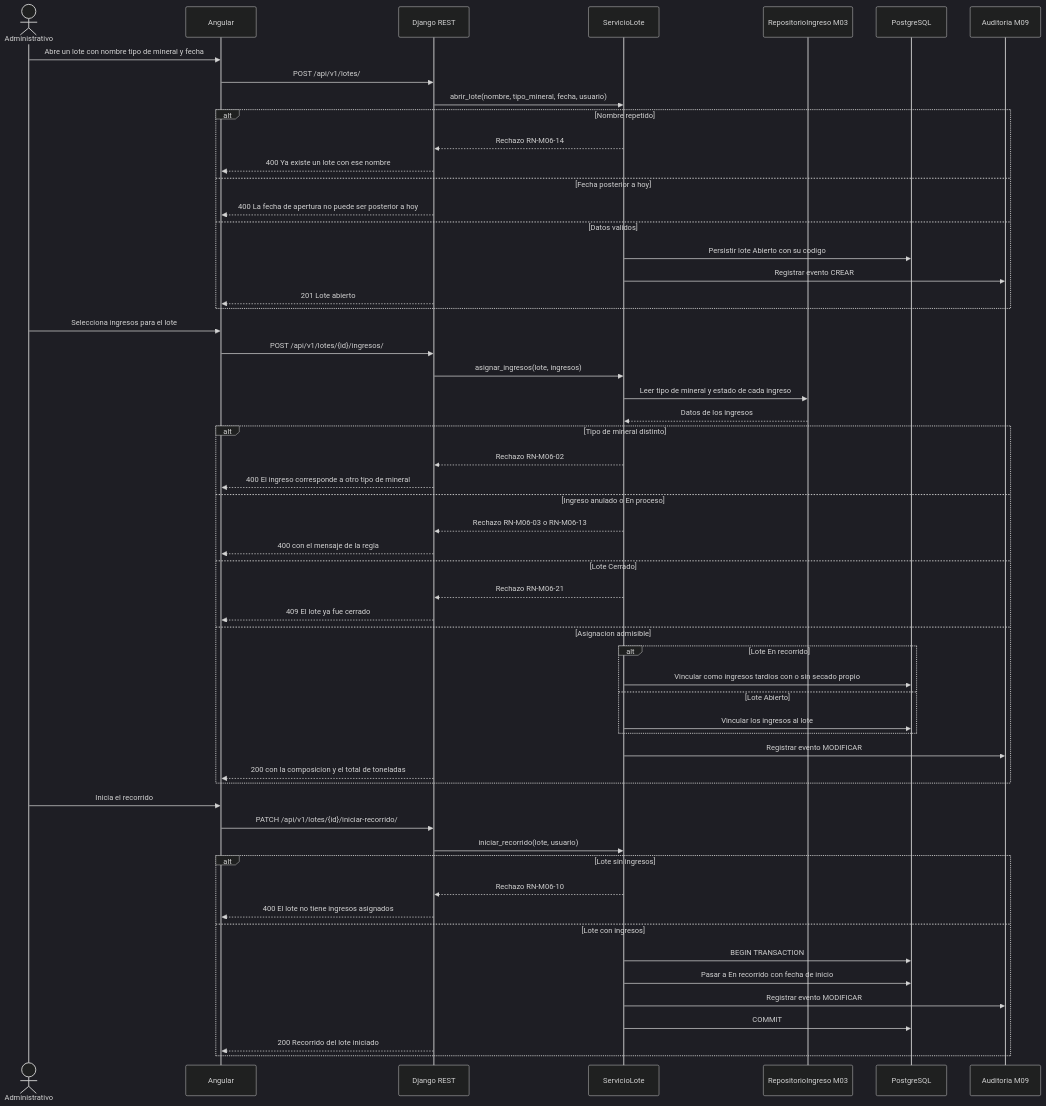
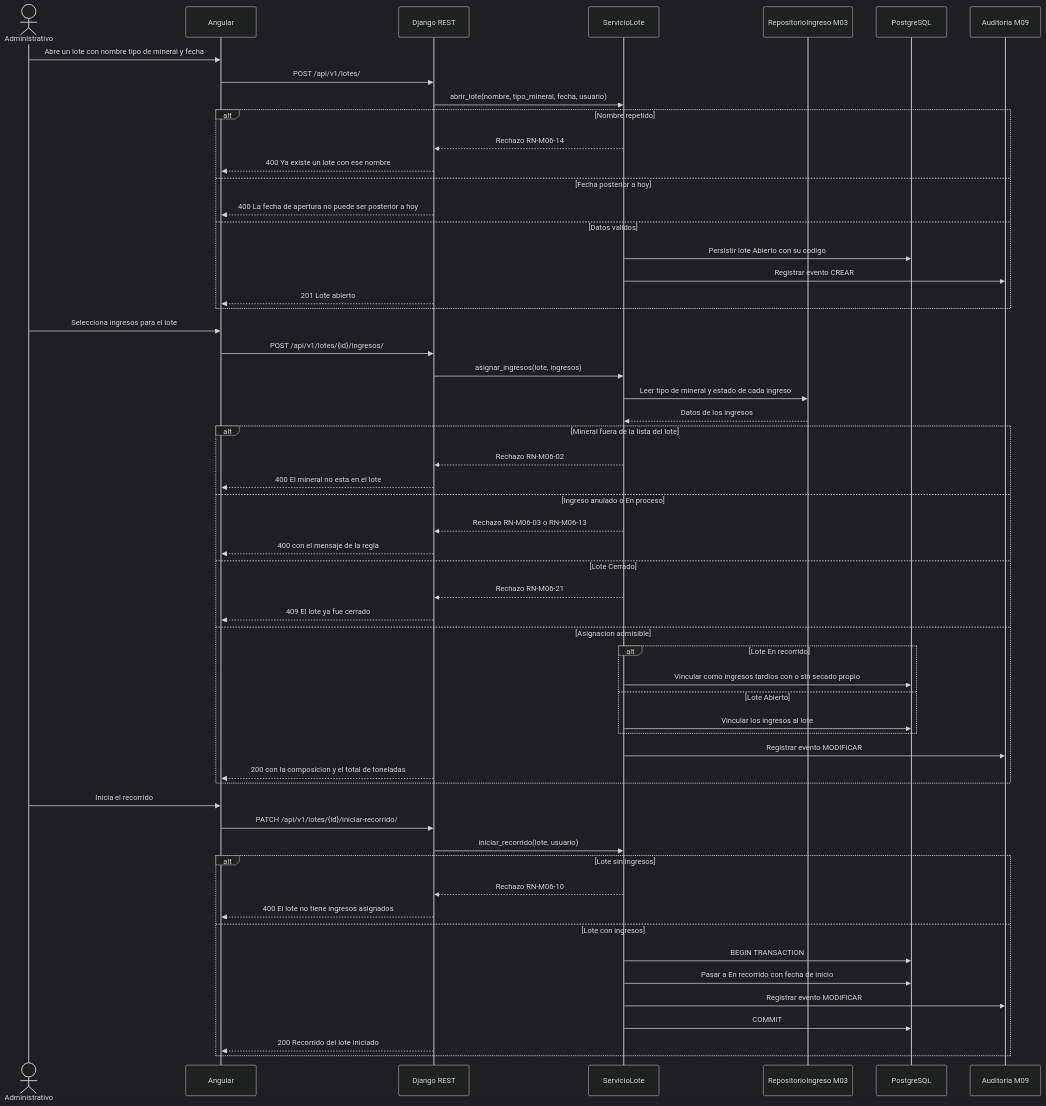
One commit to adlerOmonte1/LogisticaMinera changed the first of 5 diagrams in docs/modulos/M06-trazabilidad/diagramas/secuencia.md. Above: the diagram before and after it, drawn with Mermaid (dark theme). The commit also changed 20 other files, not shown here.

````diff
--- a/docs/modulos/M06-trazabilidad/diagramas/secuencia.md
+++ b/docs/modulos/M06-trazabilidad/diagramas/secuencia.md
@@ -5,65 +5,65 @@
 ```mermaid
 sequenceDiagram
     actor A as Administrativo
     participant NG as Angular
     participant API as Django REST
     participant SRV as ServicioLote
     participant ING as RepositorioIngreso M03
     participant DB as PostgreSQL
     participant AUD as Auditoria M09
 
     A->>NG: Abre un lote con nombre tipo de mineral y fecha
     NG->>API: POST /api/v1/lotes/
     API->>SRV: abrir_lote(nombre, tipo_mineral, fecha, usuario)
 
     alt Nombre repetido
         SRV-->>API: Rechazo RN-M06-14
         API-->>NG: 400 Ya existe un lote con ese nombre
     else Fecha posterior a hoy
         API-->>NG: 400 La fecha de apertura no puede ser posterior a hoy
     else Datos validos
         SRV->>DB: Persistir lote Abierto con su codigo
         SRV->>AUD: Registrar evento CREAR
         API-->>NG: 201 Lote abierto
     end
 
     A->>NG: Selecciona ingresos para el lote
     NG->>API: POST /api/v1/lotes/{id}/ingresos/
     API->>SRV: asignar_ingresos(lote, ingresos)
     SRV->>ING: Leer tipo de mineral y estado de cada ingreso
     ING-->>SRV: Datos de los ingresos
 
-    alt Tipo de mineral distinto
+    alt Mineral fuera de la lista del lote
         SRV-->>API: Rechazo RN-M06-02
-        API-->>NG: 400 El ingreso corresponde a otro tipo de mineral
+        API-->>NG: 400 El mineral no esta en el lote
     else Ingreso anulado o En proceso
         SRV-->>API: Rechazo RN-M06-03 o RN-M06-13
         API-->>NG: 400 con el mensaje de la regla
     else Lote Cerrado
         SRV-->>API: Rechazo RN-M06-21
         API-->>NG: 409 El lote ya fue cerrado
     else Asignacion admisible
         alt Lote En recorrido
             SRV->>DB: Vincular como ingresos tardios con o sin secado propio
         else Lote Abierto
             SRV->>DB: Vincular los ingresos al lote
         end
         SRV->>AUD: Registrar evento MODIFICAR
         API-->>NG: 200 con la composicion y el total de toneladas
     end
 
     A->>NG: Inicia el recorrido
     NG->>API: PATCH /api/v1/lotes/{id}/iniciar-recorrido/
     API->>SRV: iniciar_recorrido(lote, usuario)
 
     alt Lote sin ingresos
         SRV-->>API: Rechazo RN-M06-10
         API-->>NG: 400 El lote no tiene ingresos asignados
     else Lote con ingresos
         SRV->>DB: BEGIN TRANSACTION
         SRV->>DB: Pasar a En recorrido con fecha de inicio
         SRV->>AUD: Registrar evento MODIFICAR
         SRV->>DB: COMMIT
         API-->>NG: 200 Recorrido del lote iniciado
     end
 ```
````
